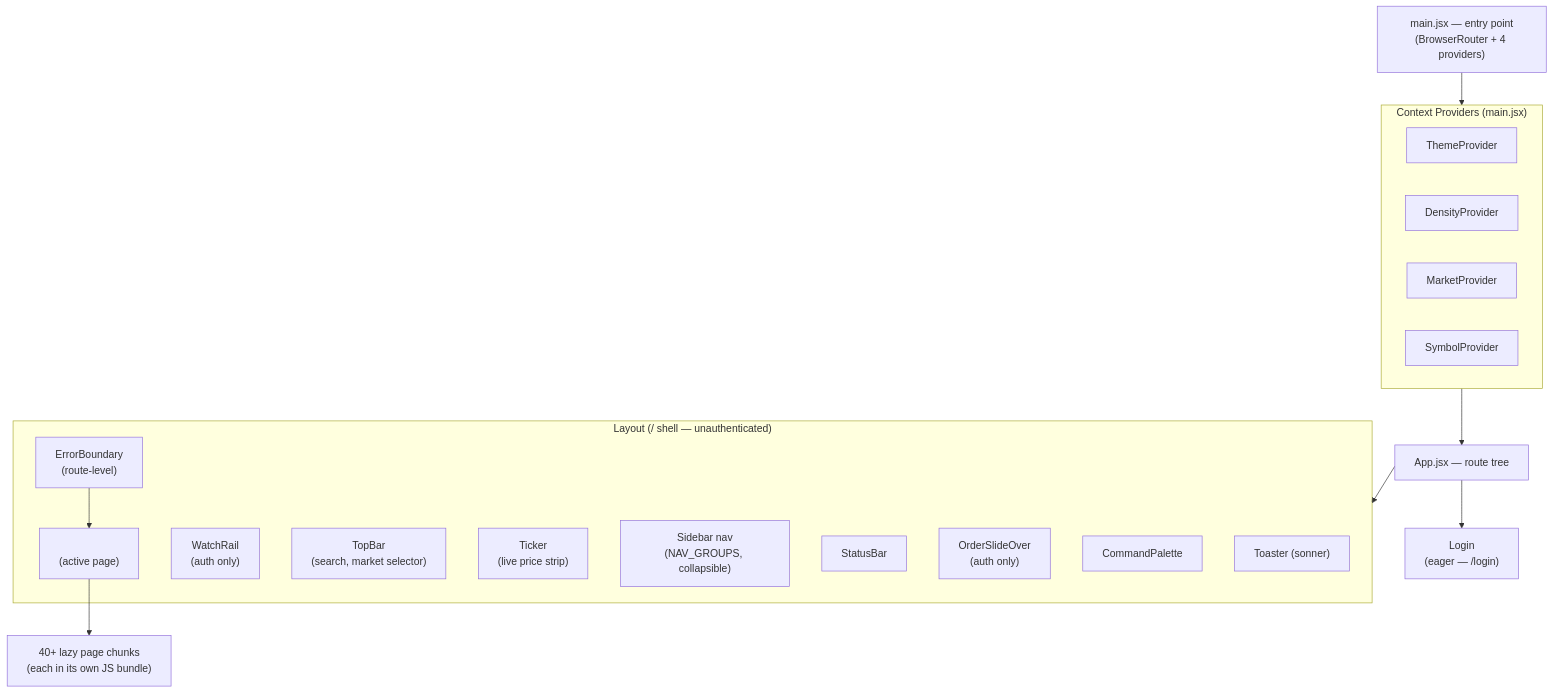
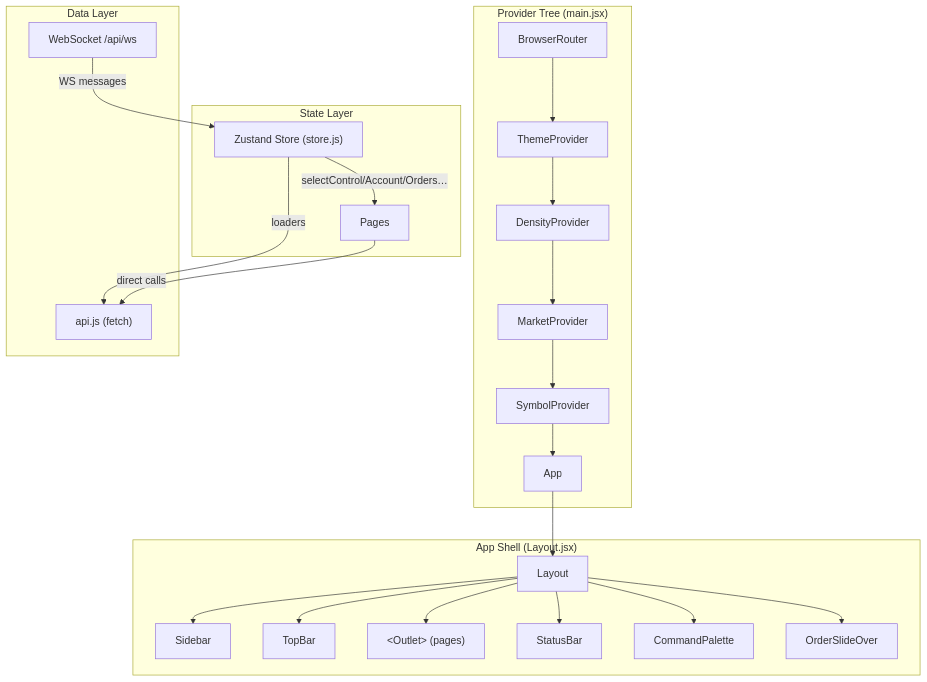
One commit to pratikbadlani02/lodestar changed the first of 2 diagrams in docs/frontend-analysis/01-architecture.md. Above: the diagram before and after it, drawn with Mermaid. The commit also changed other lines of this file and 46 other files, not shown here.

Commit message:
architecture documents

````diff
--- a/docs/frontend-analysis/01-architecture.md
+++ b/docs/frontend-analysis/01-architecture.md
@@ -45,36 +54,33 @@
 ```mermaid
 graph TD
-    main["main.jsx — entry point\n(BrowserRouter + 4 providers)"]
-
-    subgraph providers["Context Providers (main.jsx)"]
-        ThemeProv["ThemeProvider"]
-        DensityProv["DensityProvider"]
-        MarketProv["MarketProvider"]
-        SymbolProv["SymbolProvider"]
+    subgraph Providers["Provider Tree (main.jsx)"]
+        BrowserRouter --> ThemeProvider
+        ThemeProvider --> DensityProvider
+        DensityProvider --> MarketProvider
+        MarketProvider --> SymbolProvider
+        SymbolProvider --> App
     end
 
-    App["App.jsx — route tree"]
-
-    subgraph layout["Layout (/ shell — unauthenticated)"]
-        Sidebar["Sidebar nav\n(NAV_GROUPS, collapsible)"]
-        WatchRail["WatchRail\n(auth only)"]
-        TopBar["TopBar\n(search, market selector)"]
-        Ticker["Ticker\n(live price strip)"]
-        EB["ErrorBoundary\n(route-level)"]
-        Outlet["<Outlet />\n(active page)"]
-        StatusBar["StatusBar"]
-        OrderSO["OrderSlideOver\n(auth only)"]
-        CmdPal["CommandPalette"]
-        Toaster["Toaster (sonner)"]
+    subgraph Shell["App Shell (Layout.jsx)"]
+        App --> Layout
+        Layout --> Sidebar
+        Layout --> TopBar
+        Layout --> Outlet["&lt;Outlet&gt; (pages)"]
+        Layout --> StatusBar
+        Layout --> CommandPalette
+        Layout --> OrderSlideOver
     end
 
-    Login["Login\n(eager — /login)"]
-    Pages["40+ lazy page chunks\n(each in its own JS bundle)"]
+    subgraph State["State Layer"]
+        ZustandStore["Zustand Store (store.js)"]
+        ZustandStore --> |"selectControl/Account/Orders…"| Pages
+    end
 
-    main --> providers
-    providers --> App
-    App --> Login
-    App --> layout
-    EB --> Outlet
-    Outlet --> Pages
+    subgraph Data["Data Layer"]
+        APIClient["api.js (fetch)"]
+        WS["WebSocket /api/ws"]
+        WS --> |"WS messages"| ZustandStore
+        ZustandStore --> |"loaders"| APIClient
+        Pages --> |"direct calls"| APIClient
+    end
 ```
````
